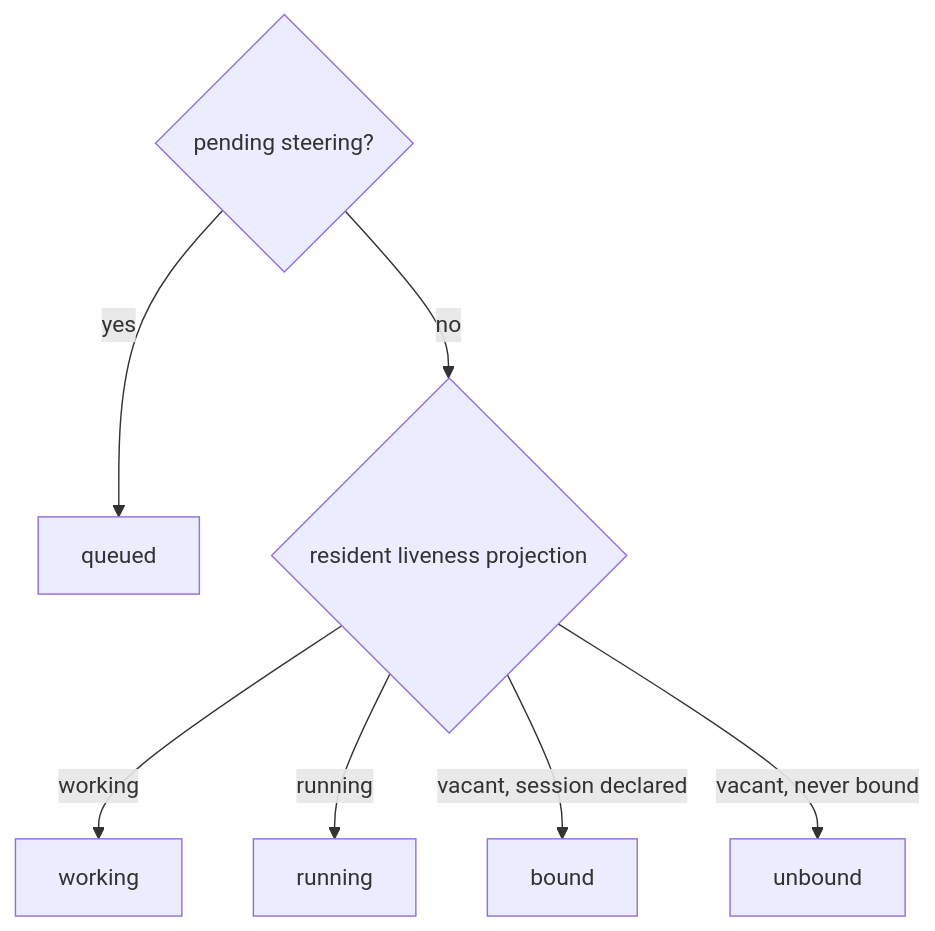
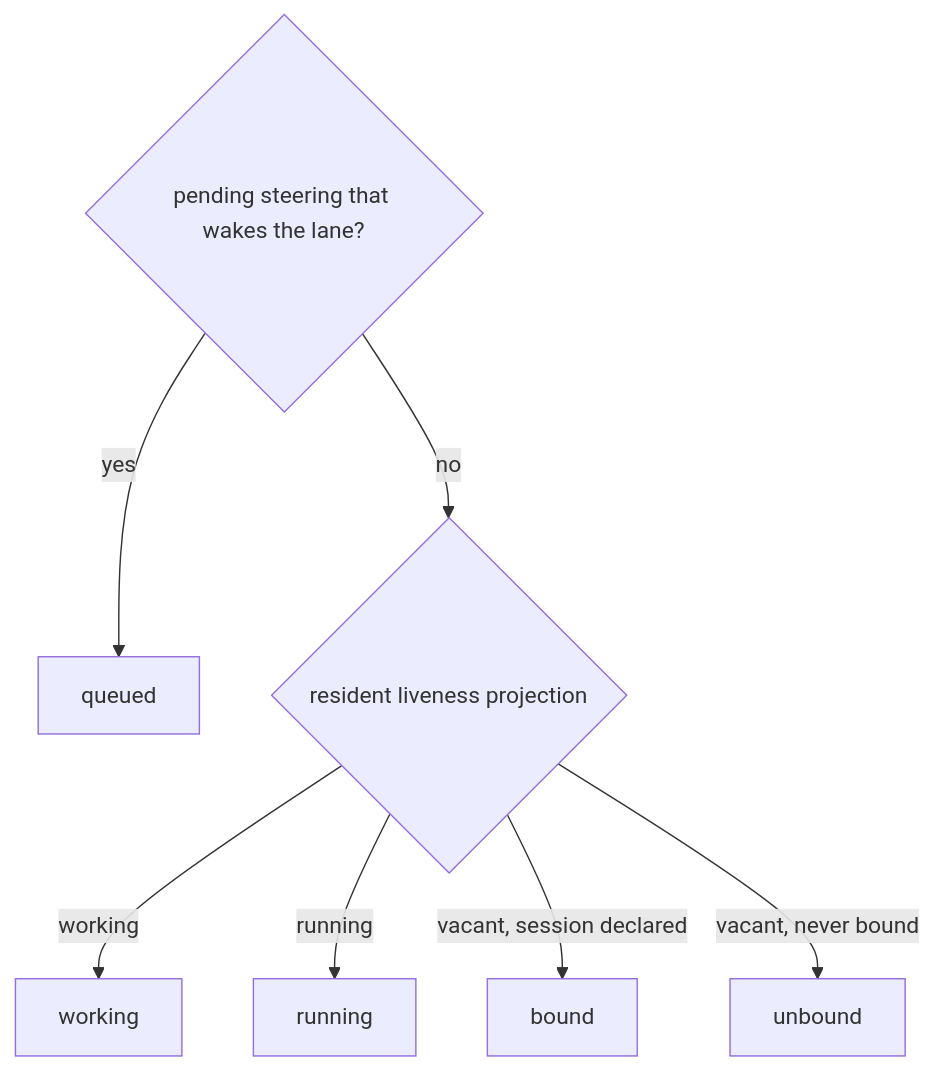
One commit to infimalabs/spice-rust changed diagram 12 of 19 in docs/product/model/states.md. Above: the diagram before and after it, drawn with Mermaid. The commit also changed other lines of this file and 17 other files, not shown here.

First line of the commit message:
MOSAIC-dV56pN1Ys: count only waking steering toward a lane's queued presence

````diff
--- a/docs/product/model/states.md
+++ b/docs/product/model/states.md
@@ -302,10 +305,10 @@
 ```mermaid
 flowchart TD
-  Q{"pending steering?"}
+  Q{"pending steering that wakes the lane?"}
   Q -- yes --> QUEUED["queued"]
   Q -- no --> L{"resident liveness projection"}
   L -- working --> WORKING["working"]
   L -- running --> RUNNING["running"]
   L -- "vacant, session declared" --> BOUND["bound"]
   L -- "vacant, never bound" --> UNBOUND["unbound"]
 ```
````
